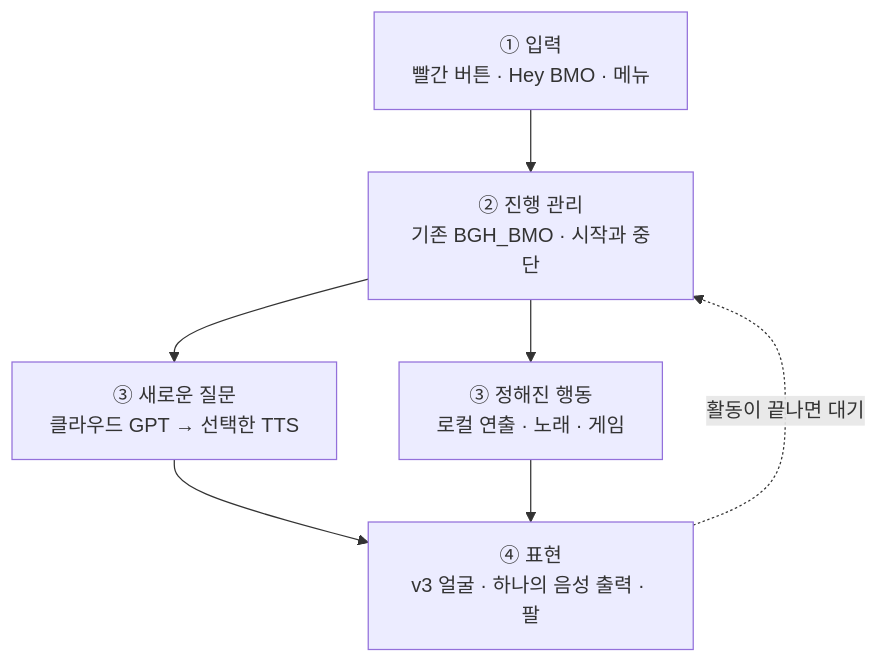
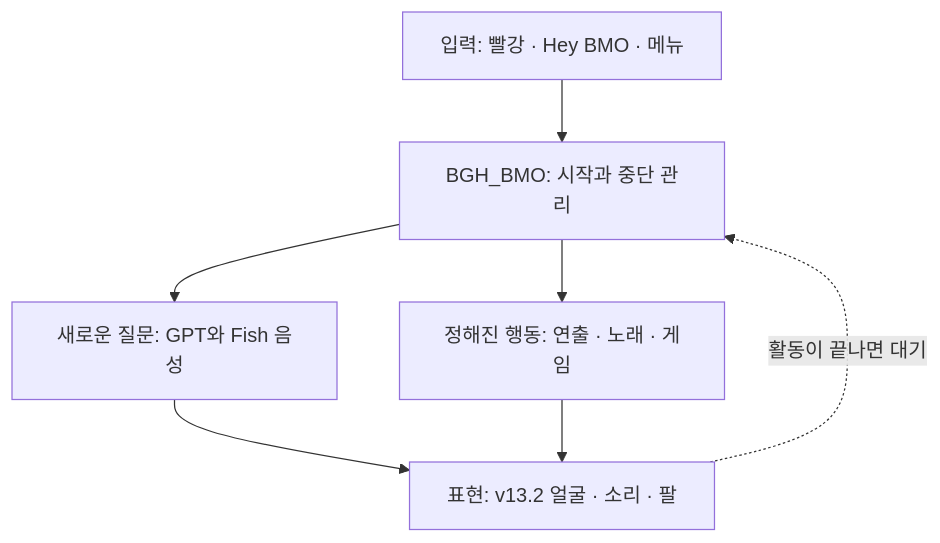
Before and after one commit to GUNOBAE/BGH_BMO: the first of 2 diagrams in docs/BMO_OPERATION_PLAN_KR.md, drawn with Mermaid. The commit also changed other lines of this file and 4 other files, not shown here.

````diff
--- a/docs/BMO_OPERATION_PLAN_KR.md
+++ b/docs/BMO_OPERATION_PLAN_KR.md
@@ -14,9 +14,9 @@
 ```mermaid
 flowchart TB
-    I["① 입력<br/>빨간 버튼 · Hey BMO · 메뉴"] --> M["② 진행 관리<br/>기존 BGH_BMO · 시작과 중단"]
-    M --> Q["③ 새로운 질문<br/>클라우드 GPT → 선택한 TTS"]
-    M --> L["③ 정해진 행동<br/>로컬 연출 · 노래 · 게임"]
-    Q --> O["④ 표현<br/>v3 얼굴 · 하나의 음성 출력 · 팔"]
+    I["입력: 빨강 · Hey BMO · 메뉴"] --> M["BGH_BMO: 시작과 중단 관리"]
+    M --> Q["새로운 질문: GPT와 Fish 음성"]
+    M --> L["정해진 행동: 연출 · 노래 · 게임"]
+    Q --> O["표현: v13.2 얼굴 · 소리 · 팔"]
     L --> O
     O -. "활동이 끝나면 대기" .-> M
 ```
````
